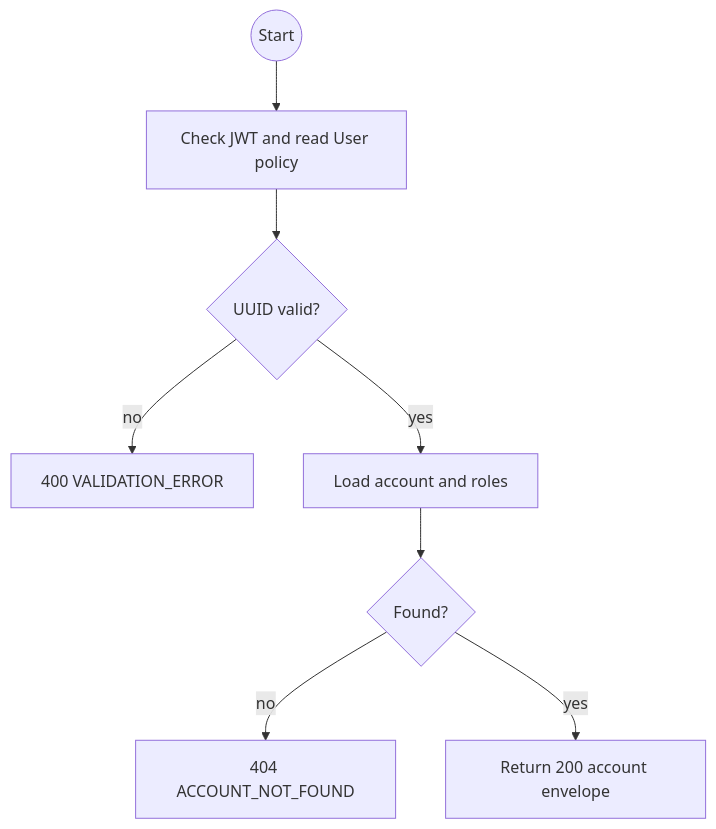
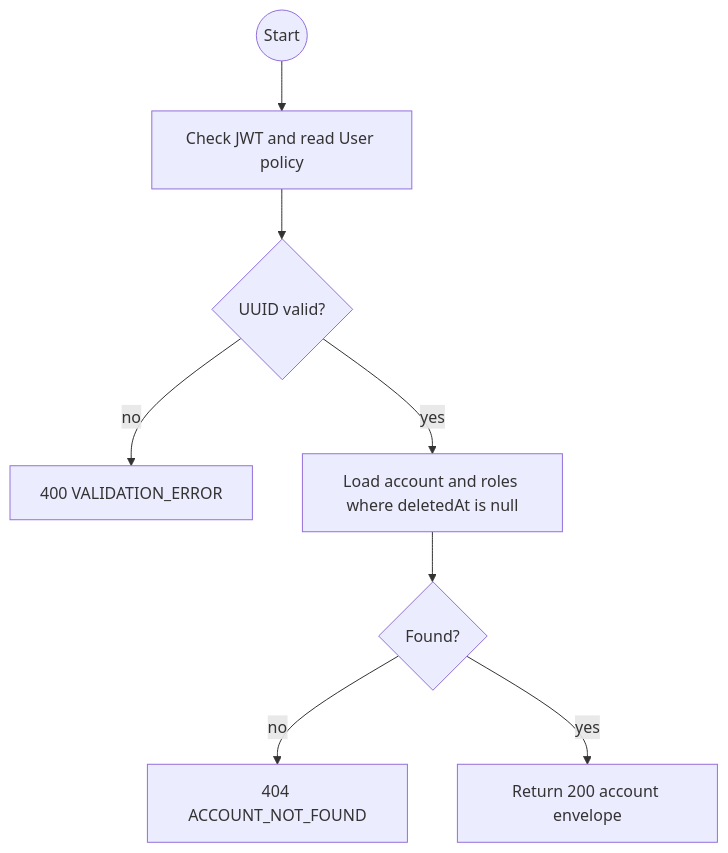
The first of 2 diagrams in specs/auth/api-design/12-get-users-detail.md (TrekLink-Team/treklink-web), drawn with Mermaid before and after one commit. The commit also changed other lines of this file and 9 other files, not shown here.

````diff
--- a/specs/auth/api-design/12-get-users-detail.md
+++ b/specs/auth/api-design/12-get-users-detail.md
@@ -76,10 +76,10 @@
 ```mermaid
 flowchart TB
     S((Start)) --> G[Check JWT and read User policy]
     G --> V{UUID valid?}
     V -->|no| E1[400 VALIDATION_ERROR]
-    V -->|yes| F[Load account and roles]
+    V -->|yes| F[Load account and roles where deletedAt is null]
     F --> X{Found?}
     X -->|no| E2[404 ACCOUNT_NOT_FOUND]
     X -->|yes| O[Return 200 account envelope]
 ```
````
